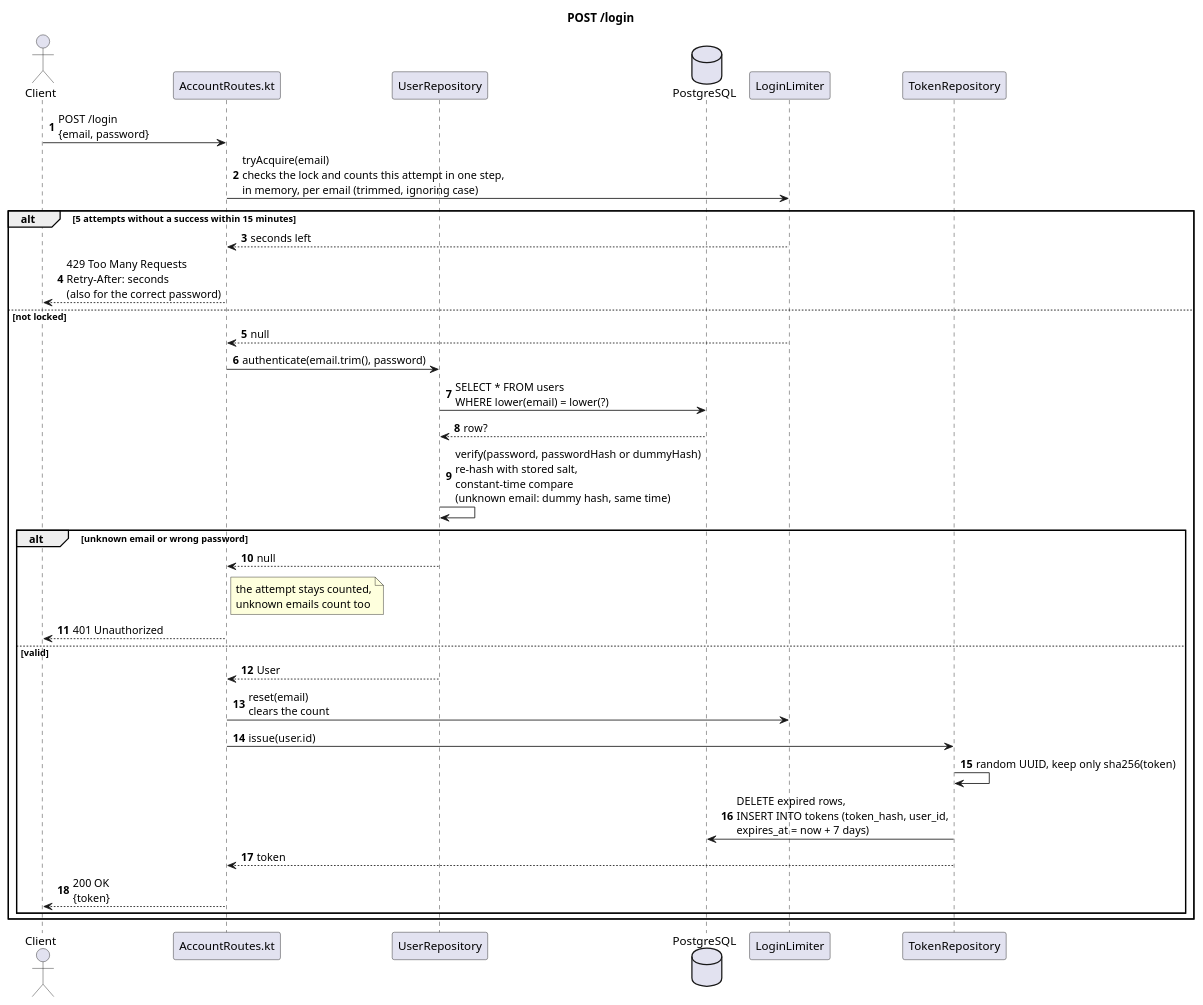
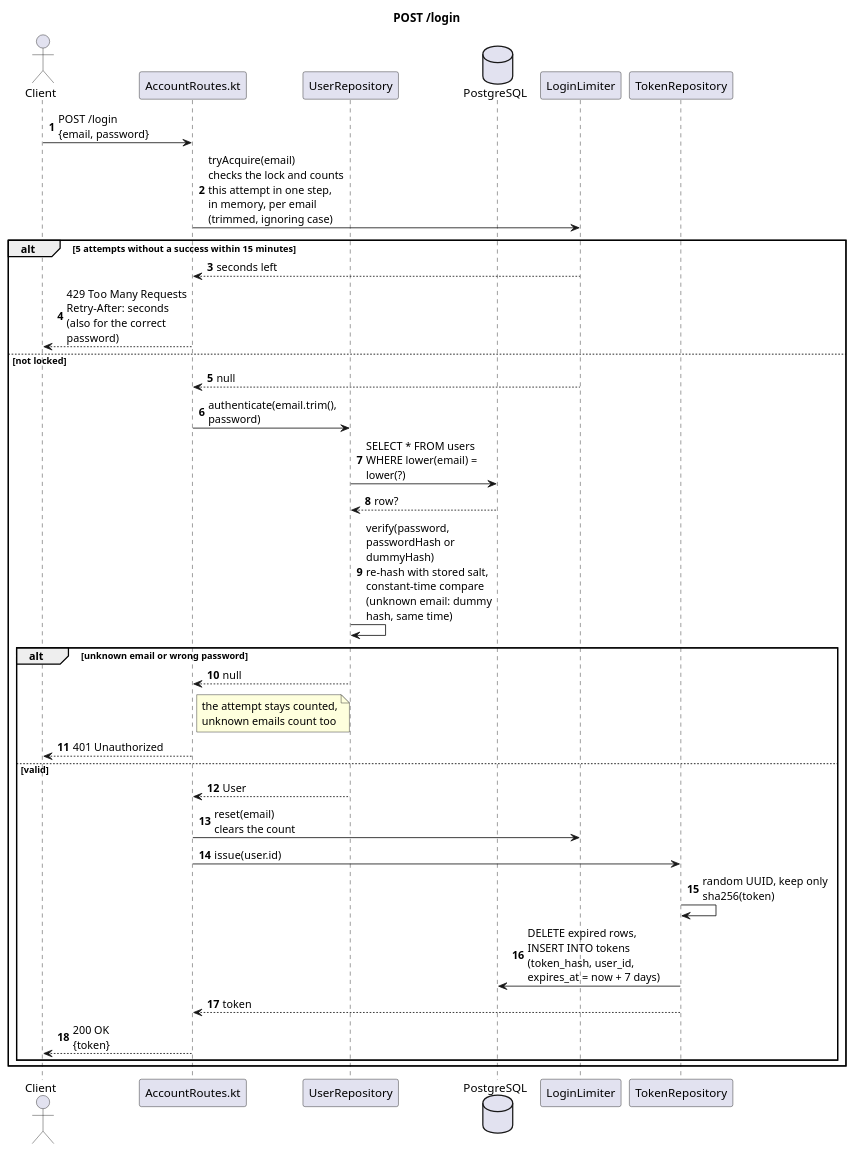
Before and after one commit to Rent-a-car-38291/rent-a-car: the diagram in docs/diagrams/sequence-login.puml, drawn with PlantUML. The commit also changed 12 other files, not shown here.

First line of the commit message:
docs: add the development document and its diagrams (#137)

```diff
--- a/docs/diagrams/sequence-login.puml
+++ b/docs/diagrams/sequence-login.puml
@@ -1,40 +1,42 @@
 @startuml
 title POST /login
 autonumber
+skinparam maxMessageSize 170
+skinparam wrapWidth 200
 
 actor Client
 participant "AccountRoutes.kt" as Route
 participant UserRepository
 database PostgreSQL
 participant LoginLimiter
 participant TokenRepository
 
 Client -> Route : POST /login\n{email, password}
 Route -> LoginLimiter : tryAcquire(email)\nchecks the lock and counts this attempt in one step,\nin memory, per email (trimmed, ignoring case)
 
 alt 5 attempts without a success within 15 minutes
   LoginLimiter --> Route : seconds left
   Route --> Client : 429 Too Many Requests\nRetry-After: seconds\n(also for the correct password)
 else not locked
 LoginLimiter --> Route : null
 Route -> UserRepository : authenticate(email.trim(), password)
 UserRepository -> PostgreSQL : SELECT * FROM users\nWHERE lower(email) = lower(?)
 PostgreSQL --> UserRepository : row?
 UserRepository -> UserRepository : verify(password, passwordHash or dummyHash)\nre-hash with stored salt,\nconstant-time compare\n(unknown email: dummy hash, same time)
 
 alt unknown email or wrong password
   UserRepository --> Route : null
   note right of Route : the attempt stays counted,\nunknown emails count too
   Route --> Client : 401 Unauthorized
 else valid
   UserRepository --> Route : User
   Route -> LoginLimiter : reset(email)\nclears the count
   Route -> TokenRepository : issue(user.id)
   TokenRepository -> TokenRepository : random UUID, keep only sha256(token)
   TokenRepository -> PostgreSQL : DELETE expired rows,\nINSERT INTO tokens (token_hash, user_id,\nexpires_at = now + 7 days)
   TokenRepository --> Route : token
   Route --> Client : 200 OK\n{token}
 end
 end
 
 @enduml
```
